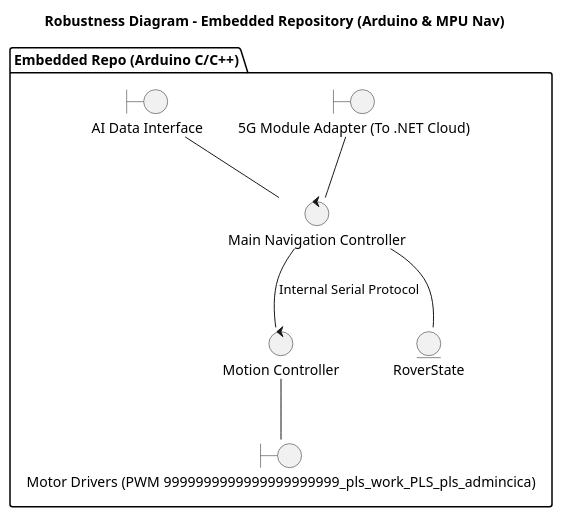
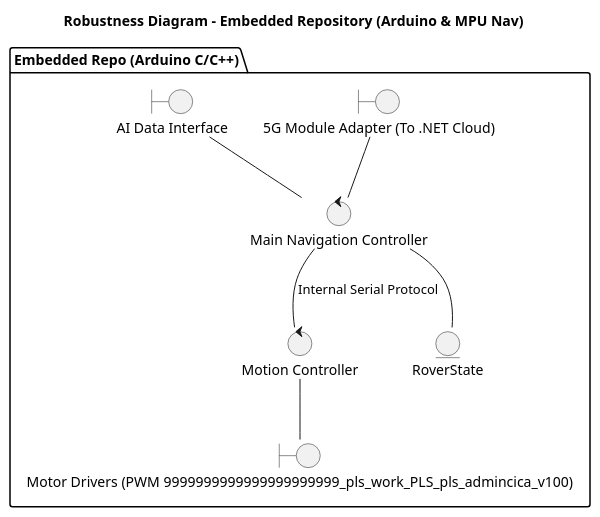
The diagram in docs/architecture/diagrams/structural/embedded_bce.puml (NOKIA-5G-SOS-Rover/Integrator), drawn with PlantUML before and after one commit.

```diff
--- a/docs/architecture/diagrams/structural/embedded_bce.puml
+++ b/docs/architecture/diagrams/structural/embedded_bce.puml
@@ -1,24 +1,24 @@
 @startuml embedded_bce
 title Robustness Diagram - Embedded Repository (Arduino & MPU Nav)
 
 skinparam backgroundColor white
 skinparam componentStyle uml2
 
 package "Embedded Repo (Arduino C/C++)" {
     boundary "5G Module Adapter (To .NET Cloud)" as 5GBnd
-    boundary "Motor Drivers (PWM 9999999999999999999999_pls_work_PLS_pls_admincica)" as MotorBnd
+    boundary "Motor Drivers (PWM 9999999999999999999999_pls_work_PLS_pls_admincica_v100)" as MotorBnd
     boundary "AI Data Interface" as AIBnd
     
     control "Main Navigation Controller" as NavCtrl
     control "Motion Controller" as MotionCtrl
     
     entity "RoverState" as StateEnt
     
     5GBnd -- NavCtrl
     AIBnd -- NavCtrl
     NavCtrl -- StateEnt
     
     NavCtrl -- MotionCtrl : Internal Serial Protocol
     MotionCtrl -- MotorBnd
 }
 @enduml
```
